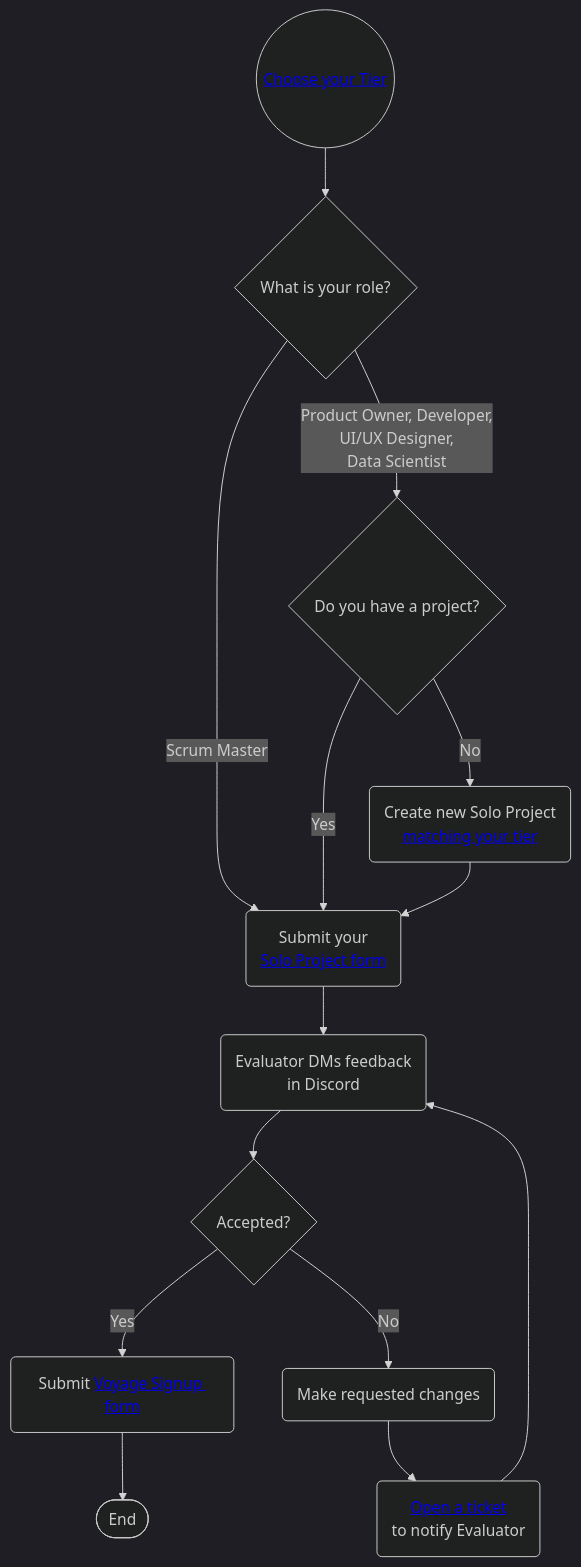
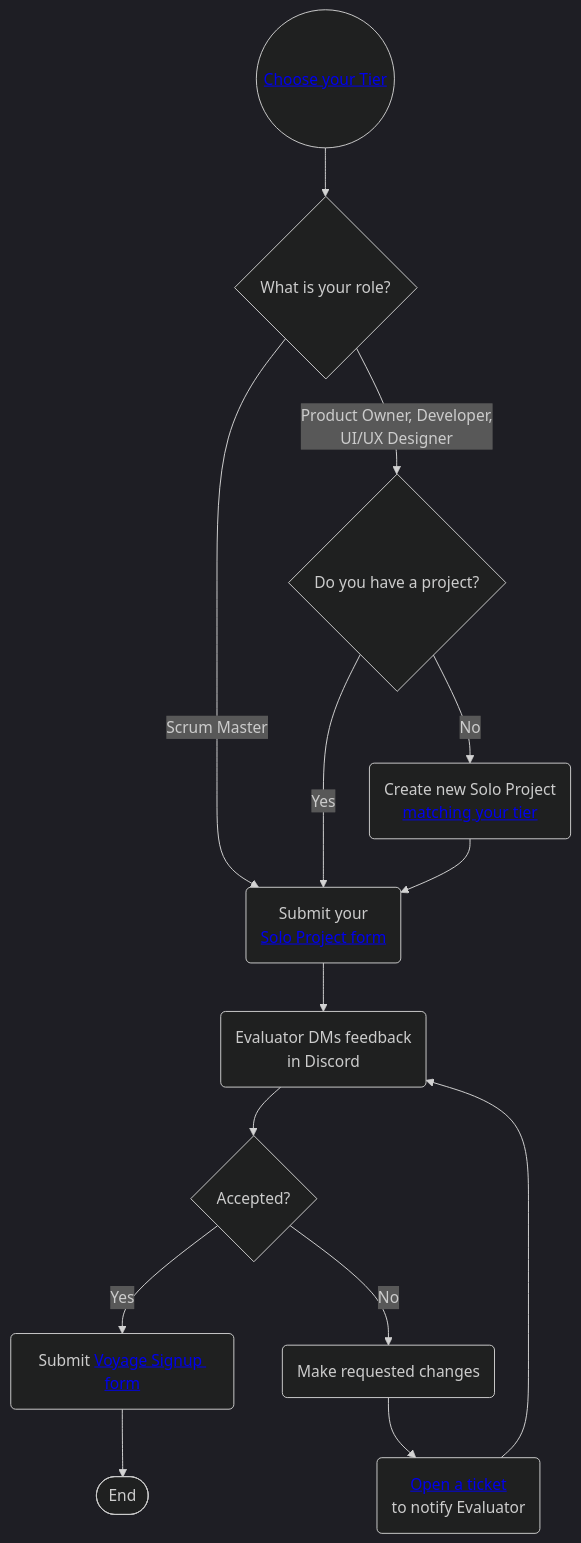
Before and after one commit to chingu-voyages/Handbook: the first of 2 diagrams in docs/guides/soloproject/soloproject.md, drawn with Mermaid (dark theme). The commit also changed 1 other file, not shown here.

Commit message:
Feature: Remove Data Scientist from available roles

````diff
--- a/docs/guides/soloproject/soloproject.md
+++ b/docs/guides/soloproject/soloproject.md
@@ -16,17 +16,17 @@
 ```mermaid
 graph TB
     A((<a href='https://github.com/chingu-voyages/Handbook/blob/main/docs/guides/soloproject/soloproject.md#1-choose-your-tier-1%EF%B8%8F%E2%83%A3-2%EF%B8%8F%E2%83%A3-3%EF%B8%8F%E2%83%A3'>Choose your Tier</a>)) --> B{What is your role?}
     B -- Scrum Master --> G
-    B -- Product Owner, Developer,</br>UI/UX Designer,</br>Data Scientist --> F{Do you have a project?}
+    B -- Product Owner, Developer,</br>UI/UX Designer --> F{Do you have a project?}
     F -- Yes --> G(Submit your <a href='https://forms.gle/D3Nu1VvfH3FDFBRr6'></br>Solo Project form</a>)
     F -- No --> H(Create new Solo Project <a href='https://github.com/chingu-voyages/Handbook/blob/main/docs/guides/soloproject/soloproject.md#2-submit-a-project-'></br>matching your tier</a>)
     H --> G
     G --> J(Evaluator DMs feedback</br>in Discord)
     J --> K{Accepted?};
     K -- Yes --> L(Submit <a href='https://forms.gle/dFaNuYWAjARd99qo8' target='_blank'>Voyage Signup form</a>);
     K -- No --> M(Make requested changes);
     M --> N(<a href='https://discord.com/channels/330284646283608064/1193342042080817323' target='_blank'>Open a ticket</a></br>to notify Evaluator);
     N --> J;
 
     L --> Z([End]);
 ```
````
